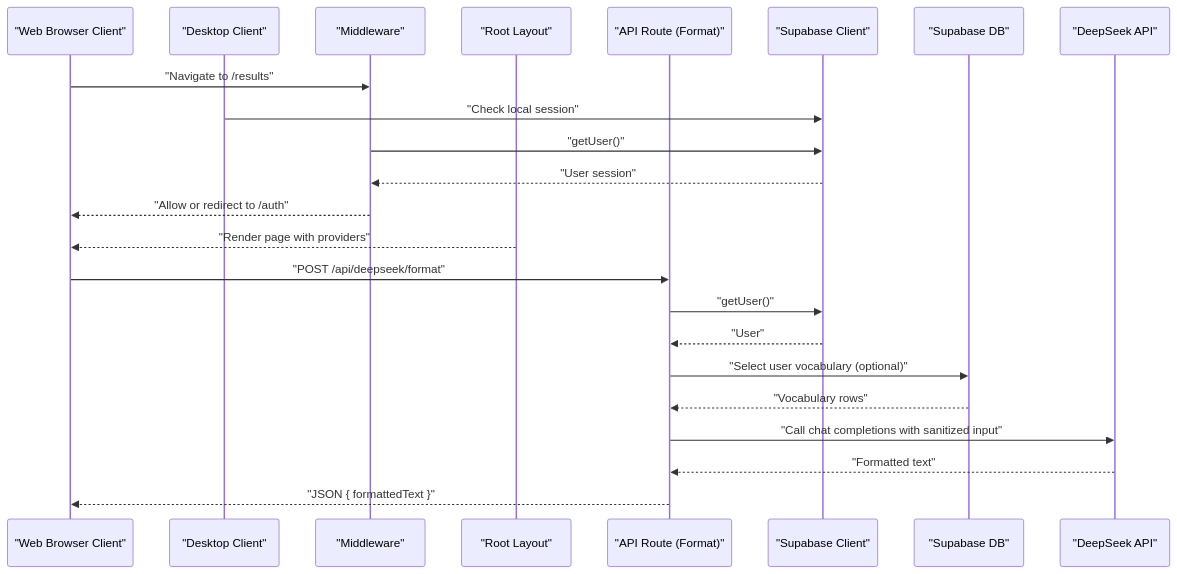
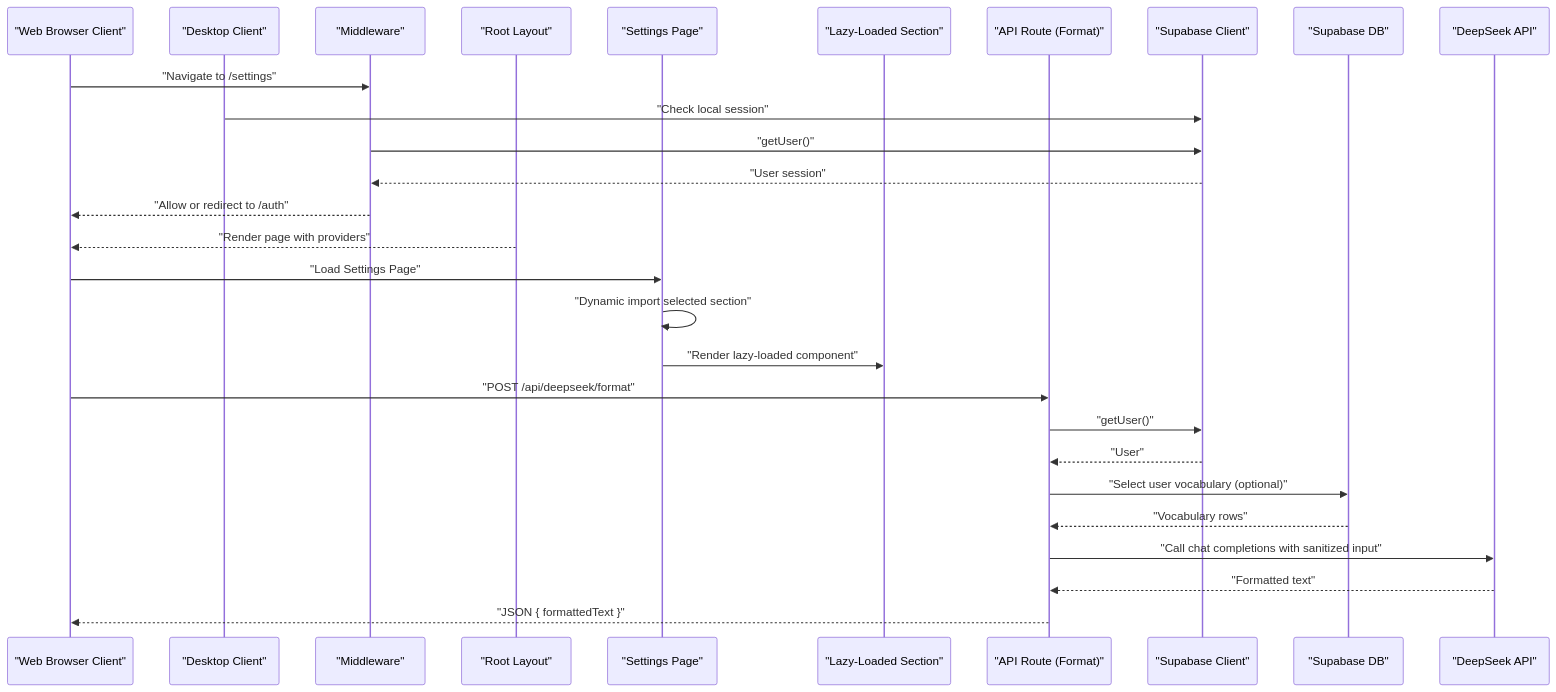
One commit to navgurukul/oscar changed the second of 8 diagrams in .qoder/repowiki/en/content/Architecture Overview/Architecture Overview.md. Above: the diagram before and after it, drawn with Mermaid. The commit also changed other lines of this file and 9 other files, not shown here.

Commit message:
feat(settings): add multi-section settings architecture with lazy-loaded components

````diff
--- a/.qoder/repowiki/en/content/Architecture Overview/Architecture Overview.md
+++ b/.qoder/repowiki/en/content/Architecture Overview/Architecture Overview.md
@@ -208,25 +222,30 @@
 ```mermaid
 sequenceDiagram
 participant WebClient as "Web Browser Client"
 participant DesktopClient as "Desktop Client"
 participant MW as "Middleware"
 participant Layout as "Root Layout"
+participant SettingsPage as "Settings Page"
+participant SectionComponent as "Lazy-Loaded Section"
 participant Route as "API Route (Format)"
 participant Supabase as "Supabase Client"
 participant DB as "Supabase DB"
 participant AI as "DeepSeek API"
-WebClient->>MW : "Navigate to /results"
+WebClient->>MW : "Navigate to /settings"
 DesktopClient->>Supabase : "Check local session"
 MW->>Supabase : "getUser()"
 Supabase-->>MW : "User session"
 MW-->>WebClient : "Allow or redirect to /auth"
 Layout-->>WebClient : "Render page with providers"
+WebClient->>SettingsPage : "Load Settings Page"
+SettingsPage->>SettingsPage : "Dynamic import selected section"
+SettingsPage->>SectionComponent : "Render lazy-loaded component"
 WebClient->>Route : "POST /api/deepseek/format"
 Route->>Supabase : "getUser()"
 Supabase-->>Route : "User"
 Route->>DB : "Select user vocabulary (optional)"
 DB-->>Route : "Vocabulary rows"
 Route->>AI : "Call chat completions with sanitized input"
 AI-->>Route : "Formatted text"
 Route-->>WebClient : "JSON { formattedText }"
 ```
````
